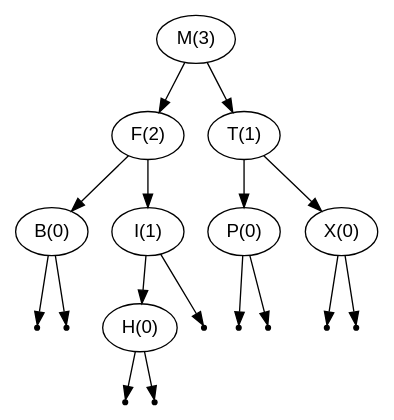
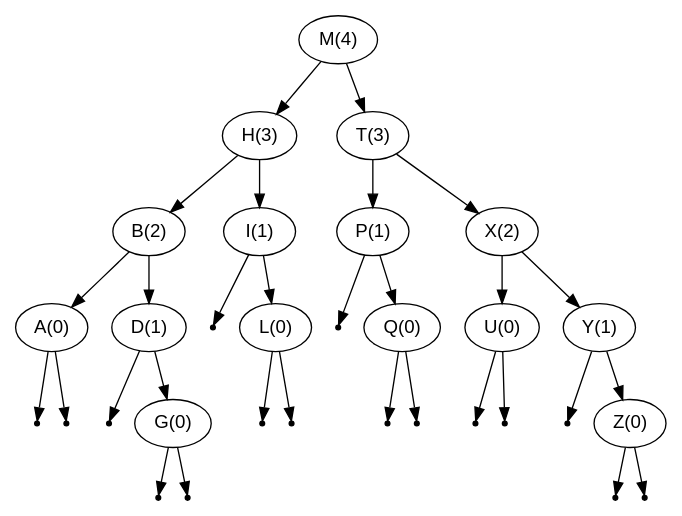
The diagram in bst.dot (jeffknerr/avlbst), drawn with Graphviz before and after one commit. The commit also changed 2 other files, not shown here.

```diff
--- a/bst.dot
+++ b/bst.dot
@@ -1,28 +1,49 @@
 digraph BST {
    node [fontname="Arial"];
-   "M(3)" -> "F(2)" ;
-   "F(2)" -> "B(0)" ;
+   "M(4)" -> "H(3)" ;
+   "H(3)" -> "B(2)" ;
+   "B(2)" -> "A(0)" ;
    null1 [shape=point];
-   "B(0)" -> null1;
+   "A(0)" -> null1;
    null2 [shape=point];
-   "B(0)" -> null2;
-   "F(2)" -> "I(1)" ;
-   "I(1)" -> "H(0)" ;
+   "A(0)" -> null2;
+   "B(2)" -> "D(1)" ;
    null3 [shape=point];
-   "H(0)" -> null3;
+   "D(1)" -> null3;
+   "D(1)" -> "G(0)" ;
    null4 [shape=point];
-   "H(0)" -> null4;
+   "G(0)" -> null4;
    null5 [shape=point];
-   "I(1)" -> null5;
-   "M(3)" -> "T(1)" ;
-   "T(1)" -> "P(0)" ;
+   "G(0)" -> null5;
+   "H(3)" -> "I(1)" ;
    null6 [shape=point];
-   "P(0)" -> null6;
+   "I(1)" -> null6;
+   "I(1)" -> "L(0)" ;
    null7 [shape=point];
-   "P(0)" -> null7;
-   "T(1)" -> "X(0)" ;
+   "L(0)" -> null7;
    null8 [shape=point];
-   "X(0)" -> null8;
+   "L(0)" -> null8;
+   "M(4)" -> "T(3)" ;
+   "T(3)" -> "P(1)" ;
    null9 [shape=point];
-   "X(0)" -> null9;
+   "P(1)" -> null9;
+   "P(1)" -> "Q(0)" ;
+   null10 [shape=point];
+   "Q(0)" -> null10;
+   null11 [shape=point];
+   "Q(0)" -> null11;
+   "T(3)" -> "X(2)" ;
+   "X(2)" -> "U(0)" ;
+   null12 [shape=point];
+   "U(0)" -> null12;
+   null13 [shape=point];
+   "U(0)" -> null13;
+   "X(2)" -> "Y(1)" ;
+   null14 [shape=point];
+   "Y(1)" -> null14;
+   "Y(1)" -> "Z(0)" ;
+   null15 [shape=point];
+   "Z(0)" -> null15;
+   null16 [shape=point];
+   "Z(0)" -> null16;
 }
```
